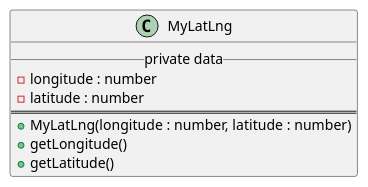
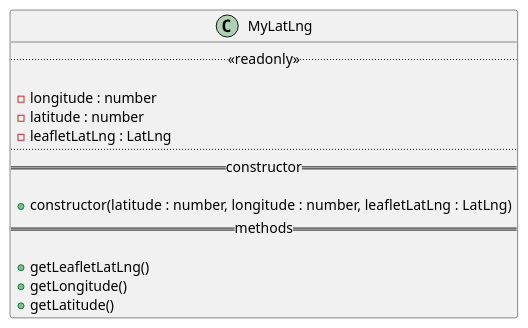
One commit to GruppOne/stalker-web-app changed the diagram in docs/diagrams/classes/Place/MyLatLng.pu. Above: the diagram before and after it, drawn with PlantUML. The commit also changed 20 other files, not shown here.

Commit message:
feat: design diagrams of classes and interfaces

```diff
--- a/docs/diagrams/classes/Place/MyLatLng.pu
+++ b/docs/diagrams/classes/Place/MyLatLng.pu
@@ -1,11 +1,18 @@
-@startuml Class Diagram
-class MyLatLng{
-__ private data __
-- longitude : number
-- latitude : number
-==
-+ MyLatLng(longitude : number, latitude : number)
-+ getLongitude()
-+ getLatitude()
+@startuml MyLatLng Diagram
+class MyLatLng {
+  ..<<readonly>>..
+
+  - longitude : number
+  - latitude : number
+  - leafletLatLng : LatLng
+  ....
+  ==constructor==
+
+  + constructor(latitude : number, longitude : number, leafletLatLng : LatLng)
+  ==methods==
+
+  + getLeafletLatLng()
+  + getLongitude()
+  + getLatitude()
 }
 @enduml
```
